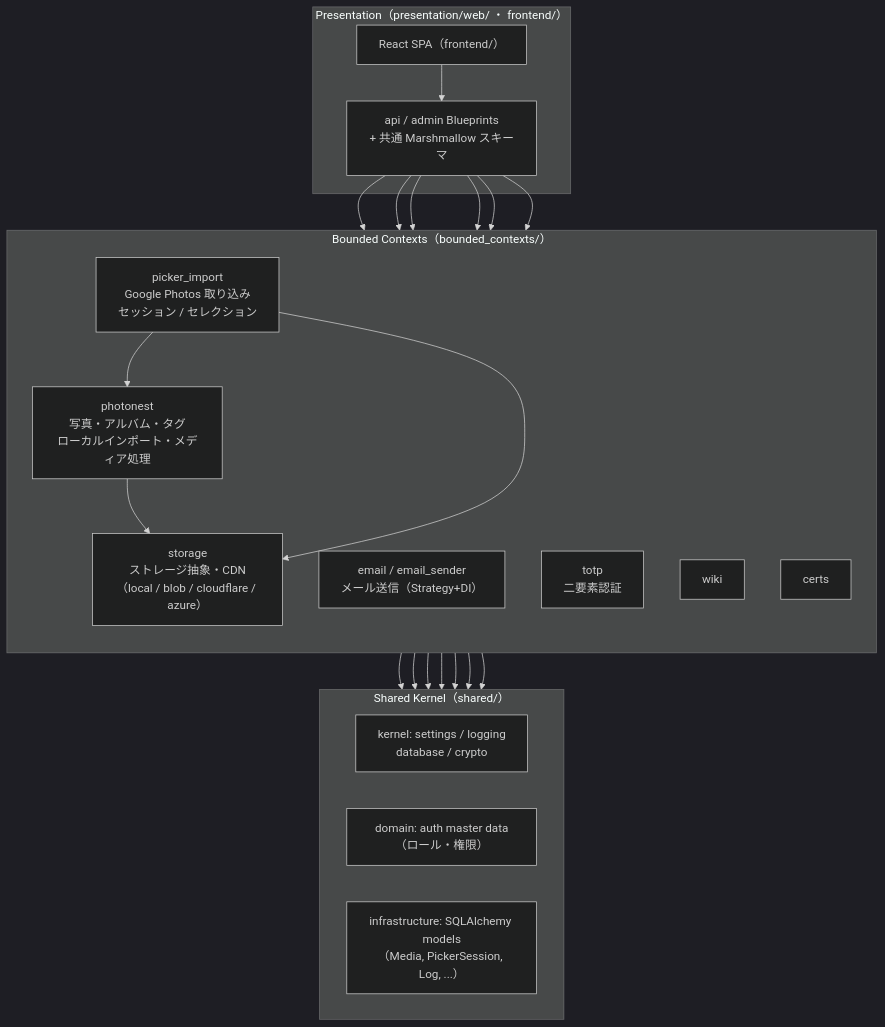
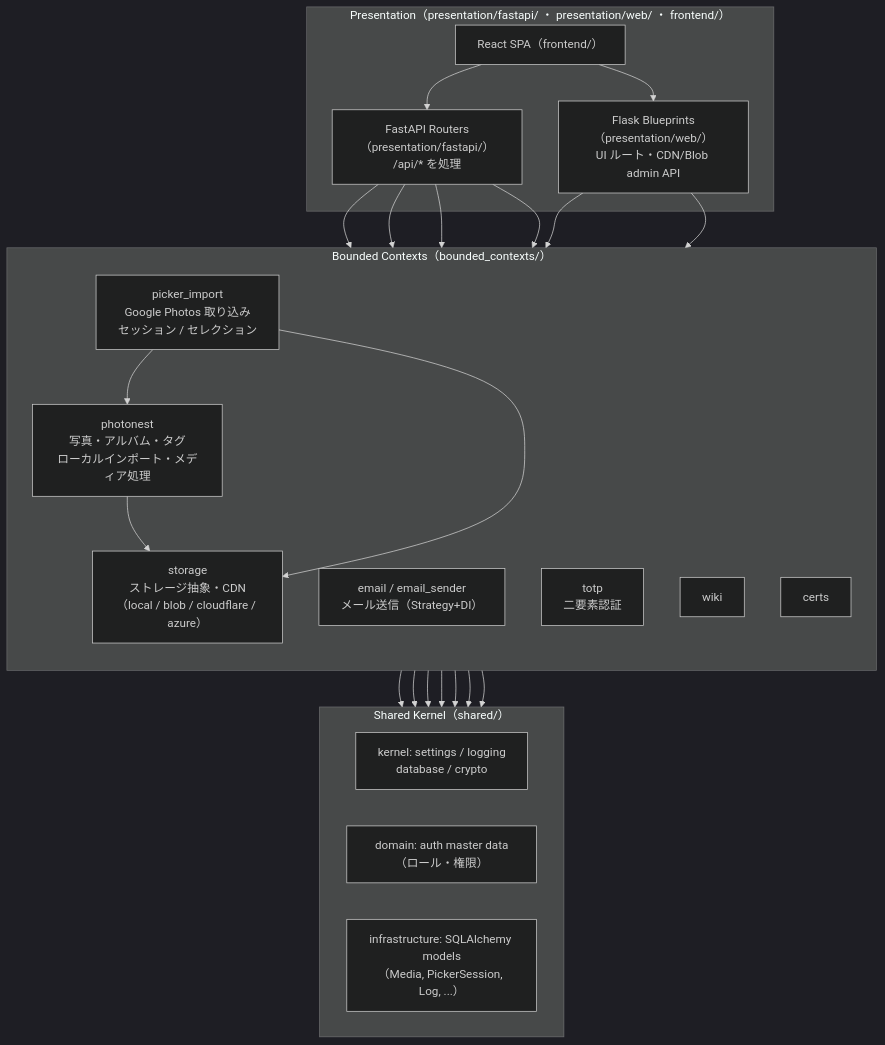
The second of 2 diagrams in docs/ARCHITECTURE.md (kiyoteruhosoda/FlaskApp), drawn with Mermaid (dark theme) before and after one commit. The commit also changed other lines of this file and 10 other files, not shown here.

````diff
--- a/docs/ARCHITECTURE.md
+++ b/docs/ARCHITECTURE.md
@@ -93,44 +95,46 @@
 ```mermaid
 flowchart TB
-    subgraph presentation["Presentation（presentation/web/ ・ frontend/）"]
+    subgraph presentation["Presentation（presentation/fastapi/ ・ presentation/web/ ・ frontend/）"]
       spa["React SPA（frontend/）"]
-      api["api / admin Blueprints<br/>+ 共通 Marshmallow スキーマ"]
+      fastapi_api["FastAPI Routers（presentation/fastapi/）<br/>/api/* を処理"]
+      flask_ui["Flask Blueprints（presentation/web/）<br/>UI ルート・CDN/Blob admin API"]
     end
 
     subgraph contexts["Bounded Contexts（bounded_contexts/）"]
       direction TB
       photonest["photonest<br/>写真・アルバム・タグ<br/>ローカルインポート・メディア処理"]
       picker["picker_import<br/>Google Photos 取り込み<br/>セッション / セレクション"]
       storage["storage<br/>ストレージ抽象・CDN<br/>（local / blob / cloudflare / azure）"]
       email["email / email_sender<br/>メール送信（Strategy+DI）"]
       totp["totp<br/>二要素認証"]
       wiki["wiki"]
       certs["certs"]
     end
 
     subgraph shared["Shared Kernel（shared/）"]
       kernel["kernel: settings / logging<br/>database / crypto"]
       sdomain["domain: auth master data（ロール・権限）"]
       sinfra["infrastructure: SQLAlchemy models<br/>（Media, PickerSession, Log, ...）"]
     end
 
-    spa --> api
-    api --> photonest
-    api --> picker
-    api --> totp
-    api --> wiki
-    api --> certs
-    api --> email
+    spa --> fastapi_api
+    spa --> flask_ui
+    fastapi_api --> photonest
+    fastapi_api --> picker
+    fastapi_api --> totp
+    flask_ui --> wiki
+    flask_ui --> certs
+    fastapi_api --> email
 
     picker --> photonest
     photonest --> storage
     picker --> storage
 
     photonest --> shared
     picker --> shared
     storage --> shared
     email --> shared
     totp --> shared
     wiki --> shared
     certs --> shared
 ```
````
